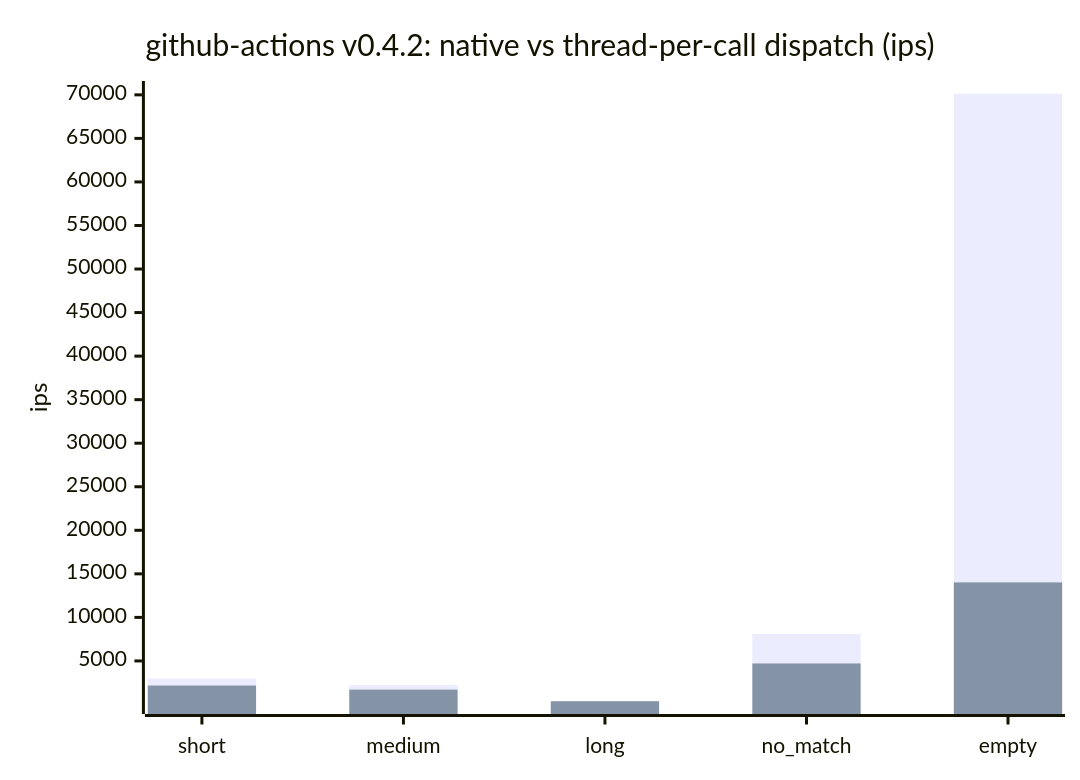
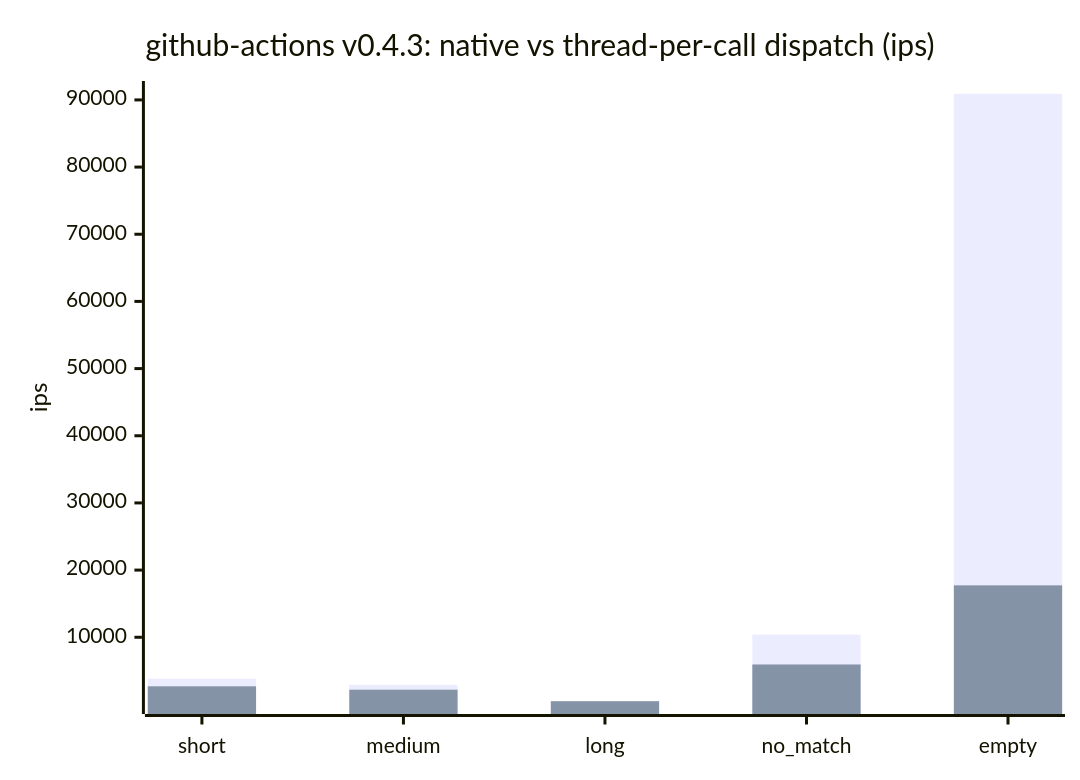
Before and after one commit to cpb/duckling: the first of 7 diagrams in docs/benchmarks/README.md, drawn with Mermaid. The commit also changed other lines of this file and 1 other file, not shown here.

Commit message:
Record github-actions benchmark results for 0.4.3

````diff
--- a/docs/benchmarks/README.md
+++ b/docs/benchmarks/README.md
@@ -54,8 +54,8 @@
 ```mermaid
 xychart-beta
-    title "github-actions v0.4.2: native vs thread-per-call dispatch (ips)"
+    title "github-actions v0.4.3: native vs thread-per-call dispatch (ips)"
     x-axis [short, medium, long, no_match, empty]
     y-axis "ips"
-    bar "native" [2981.4, 2242.5, 399.8, 8089.8, 70125.3]
-    bar "thread-per-call" [2177.5, 1707.1, 371.9, 4709.8, 14018.5]
+    bar "native" [3836.9, 2917.2, 513.1, 10398.7, 90916.5]
+    bar "thread-per-call" [2696.3, 2193.5, 474.2, 5946.9, 17728.8]
 ```
````
